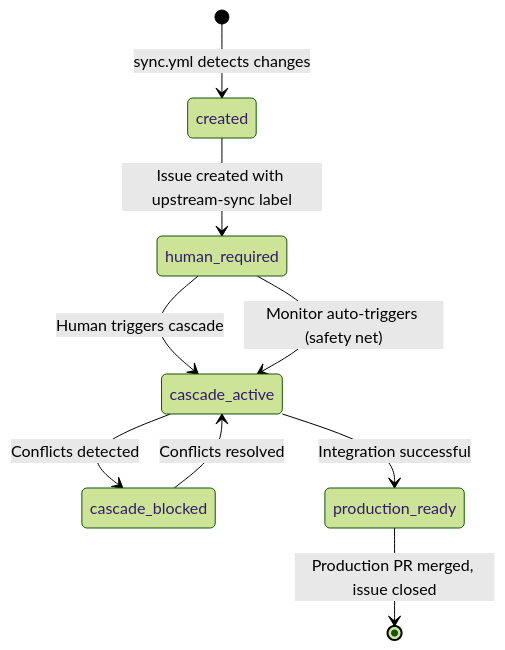
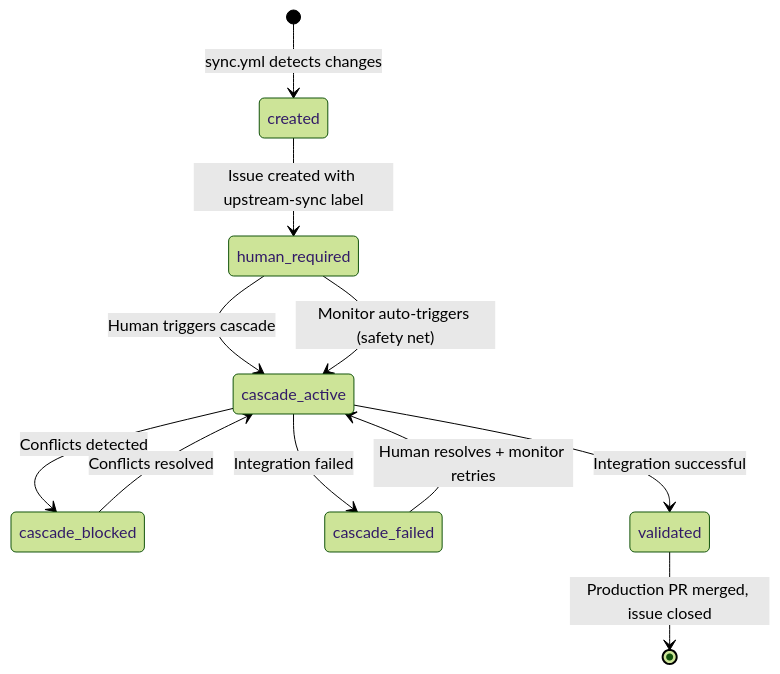
The diagram in doc/adr/022-issue-lifecycle-tracking-pattern.md (danielscholl-osdu/osdu-fork-template), drawn with Mermaid (forest theme) before and after one commit. The commit also changed other lines of this file and 6 other files, not shown here.

````diff
--- a/doc/adr/022-issue-lifecycle-tracking-pattern.md
+++ b/doc/adr/022-issue-lifecycle-tracking-pattern.md
@@ -77,11 +77,13 @@
 ```mermaid
 stateDiagram-v2
     [*] --> created: sync.yml detects changes
     created --> human_required: Issue created with upstream-sync label
     human_required --> cascade_active: Human triggers cascade
     human_required --> cascade_active: Monitor auto-triggers (safety net)
     cascade_active --> cascade_blocked: Conflicts detected
-    cascade_active --> production_ready: Integration successful
+    cascade_active --> cascade_failed: Integration failed
+    cascade_active --> validated: Integration successful
     cascade_blocked --> cascade_active: Conflicts resolved
-    production_ready --> [*]: Production PR merged, issue closed
+    cascade_failed --> cascade_active: Human resolves + monitor retries
+    validated --> [*]: Production PR merged, issue closed
 ```
````
